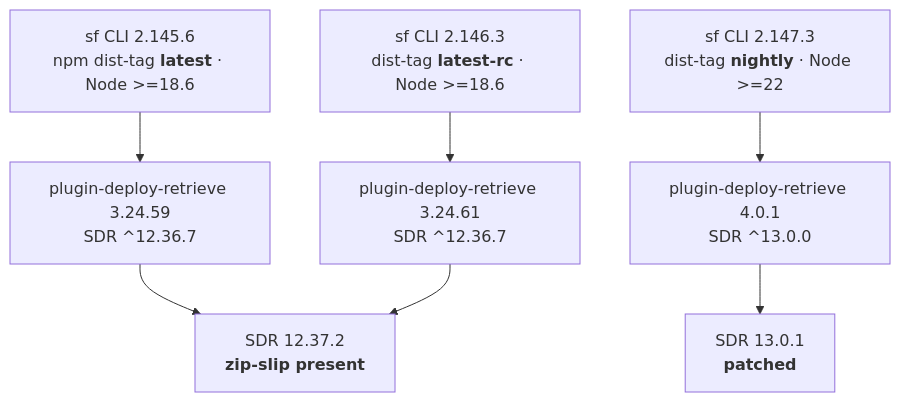
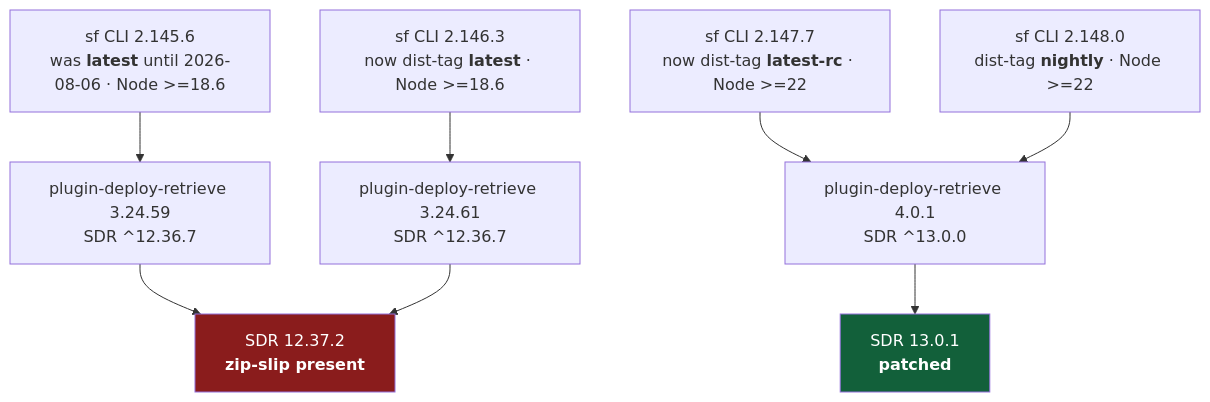
Before and after one commit to Daniel-Deepak-Dev/myLearning: the third of 3 diagrams in AI_Data/05-release-radar/developer-tooling-and-apis.md, drawn with Mermaid. The commit also changed other lines of this file and 12 other files, not shown here.

````diff
--- a/AI_Data/05-release-radar/developer-tooling-and-apis.md
+++ b/AI_Data/05-release-radar/developer-tooling-and-apis.md
@@ -67,9 +119,12 @@
 ```mermaid
 flowchart TD
-    A["sf CLI 2.145.6<br/>npm dist-tag <b>latest</b> · Node >=18.6"] --> B["plugin-deploy-retrieve 3.24.59<br/>SDR ^12.36.7"]
+    A["sf CLI 2.145.6<br/>was <b>latest</b> until 2026-08-06 · Node >=18.6"] --> B["plugin-deploy-retrieve 3.24.59<br/>SDR ^12.36.7"]
     B --> C["SDR 12.37.2<br/><b>zip-slip present</b>"]
-    D["sf CLI 2.146.3<br/>dist-tag <b>latest-rc</b> · Node >=18.6"] --> E["plugin-deploy-retrieve 3.24.61<br/>SDR ^12.36.7"]
+    D["sf CLI 2.146.3<br/>now dist-tag <b>latest</b> · Node >=18.6"] --> E["plugin-deploy-retrieve 3.24.61<br/>SDR ^12.36.7"]
     E --> C
-    F["sf CLI 2.147.3<br/>dist-tag <b>nightly</b> · Node >=22"] --> G["plugin-deploy-retrieve 4.0.1<br/>SDR ^13.0.0"]
+    F["sf CLI 2.147.7<br/>now dist-tag <b>latest-rc</b> · Node >=22"] --> G["plugin-deploy-retrieve 4.0.1<br/>SDR ^13.0.0"]
+    I["sf CLI 2.148.0<br/>dist-tag <b>nightly</b> · Node >=22"] --> G
     G --> H["SDR 13.0.1<br/><b>patched</b>"]
+    style C fill:#8a1c1c,color:#ffffff
+    style H fill:#12603a,color:#ffffff
 ```
````
